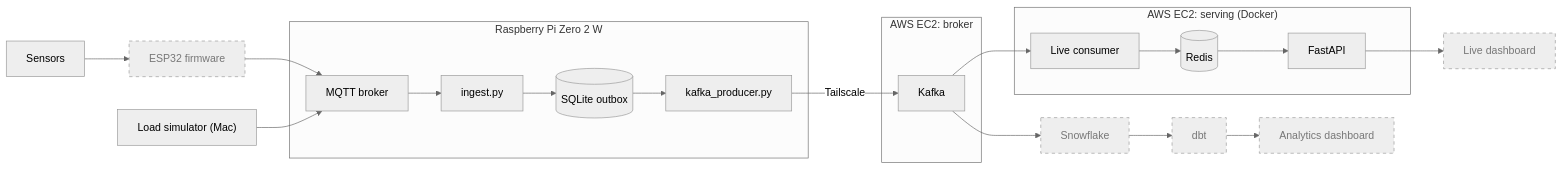
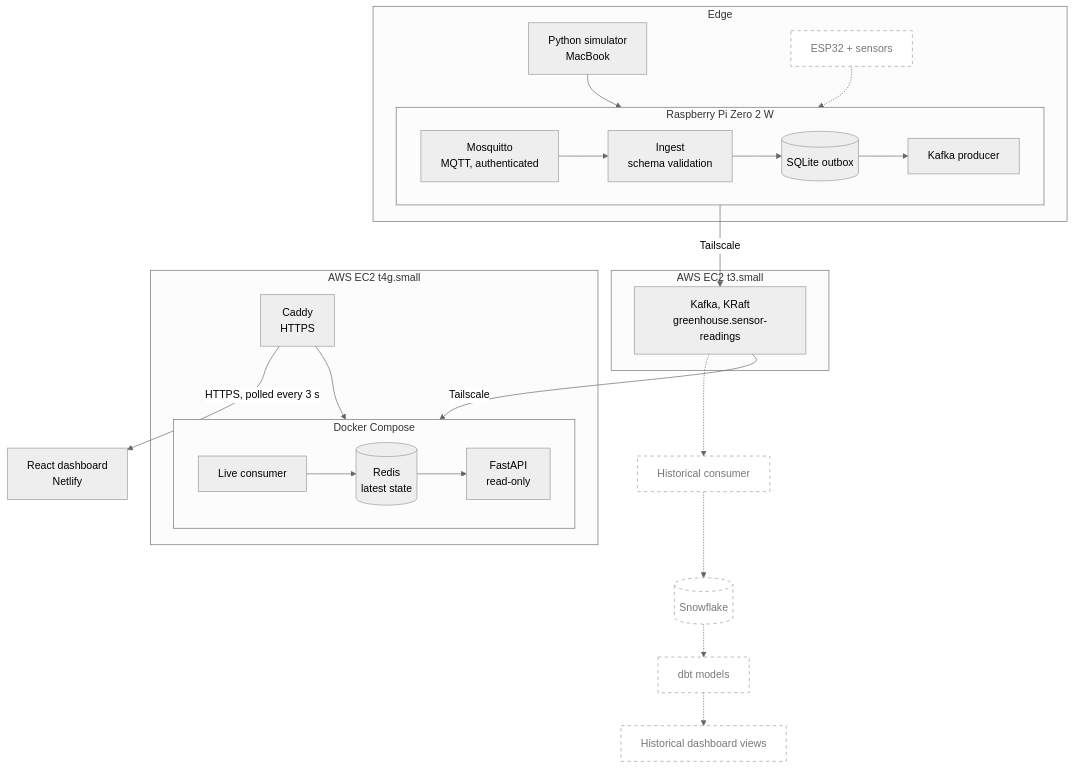
One commit to 0GregoryJ/greenhouse-iot-streaming-pipeline changed the diagram in README.md. Above: the diagram before and after it, drawn with Mermaid (neutral theme). The commit also changed other lines of this file and 9 other files, not shown here.

Commit message:
Improved reproducability with infrastructure/ that contains systemd service configs and kafka on ec2 config. Implemented freshness status in react dashboard.

````diff
--- a/README.md
+++ b/README.md
@@ -29,31 +36,40 @@
 ```mermaid
-flowchart LR
-  sensors[Sensors] --> esp["ESP32 firmware"]
-  sim["Load simulator (Mac)"]
-
-  subgraph pi["Raspberry Pi Zero 2 W"]
-    mqtt[MQTT broker] --> ingest[ingest.py]
-    ingest --> outbox[("SQLite outbox")]
-    outbox --> producer[kafka_producer.py]
+flowchart TB
+  subgraph edge["Edge"]
+    sim["Python simulator<br/>MacBook"]
+    esp["ESP32 + sensors"]
+    subgraph pi["Raspberry Pi Zero 2 W"]
+      direction LR
+      mqtt["Mosquitto<br/>MQTT, authenticated"] --> ingest["Ingest<br/>schema validation"]
+      ingest --> outbox[("SQLite outbox")]
+      outbox --> producer["Kafka producer"]
+    end
   end
 
-  subgraph ec2a["AWS EC2: broker"]
-    kafka["Kafka"]
+  subgraph ec2a["AWS EC2 t3.small"]
+    kafka["Kafka, KRaft<br/>greenhouse.sensor-readings"]
   end
 
-  subgraph ec2b["AWS EC2: serving (Docker)"]
-    consumer[Live consumer] --> redis[("Redis")]
-    redis --> api[FastAPI]
+  subgraph ec2b["AWS EC2 t4g.small"]
+    subgraph compose["Docker Compose"]
+      direction LR
+      consumer["Live consumer"] --> redis[("Redis<br/>latest state")]
+      redis --> api["FastAPI<br/>read-only"]
+    end
+    caddy["Caddy<br/>HTTPS"]
   end
 
-  esp --> mqtt
-  sim --> mqtt
-  producer -->|Tailscale| kafka
-  kafka --> consumer
-  api --> live[Live dashboard]
+  web["React dashboard<br/>Netlify"]
 
-  kafka --> snow[Snowflake] --> dbt[dbt] --> history[Analytics dashboard]
+  sim --> pi
+  esp -.-> pi
+  pi -->|Tailscale| kafka
+  kafka -->|Tailscale| compose
+  caddy --> compose
+  caddy -->|"HTTPS, polled every 3 s"| web
 
-  classDef tbd stroke-dasharray: 5 5,color:#777,stroke:#999;
-  class esp,live,snow,dbt,history tbd;
+  kafka -.-> hist["Historical consumer"] -.-> snow[("Snowflake")] -.-> dbt["dbt models"] -.-> views["Historical dashboard views"]
+
+  classDef planned fill:#fff,stroke:#999,stroke-dasharray:5 5,color:#777;
+  class esp,hist,snow,dbt,views planned;
 ```
````
